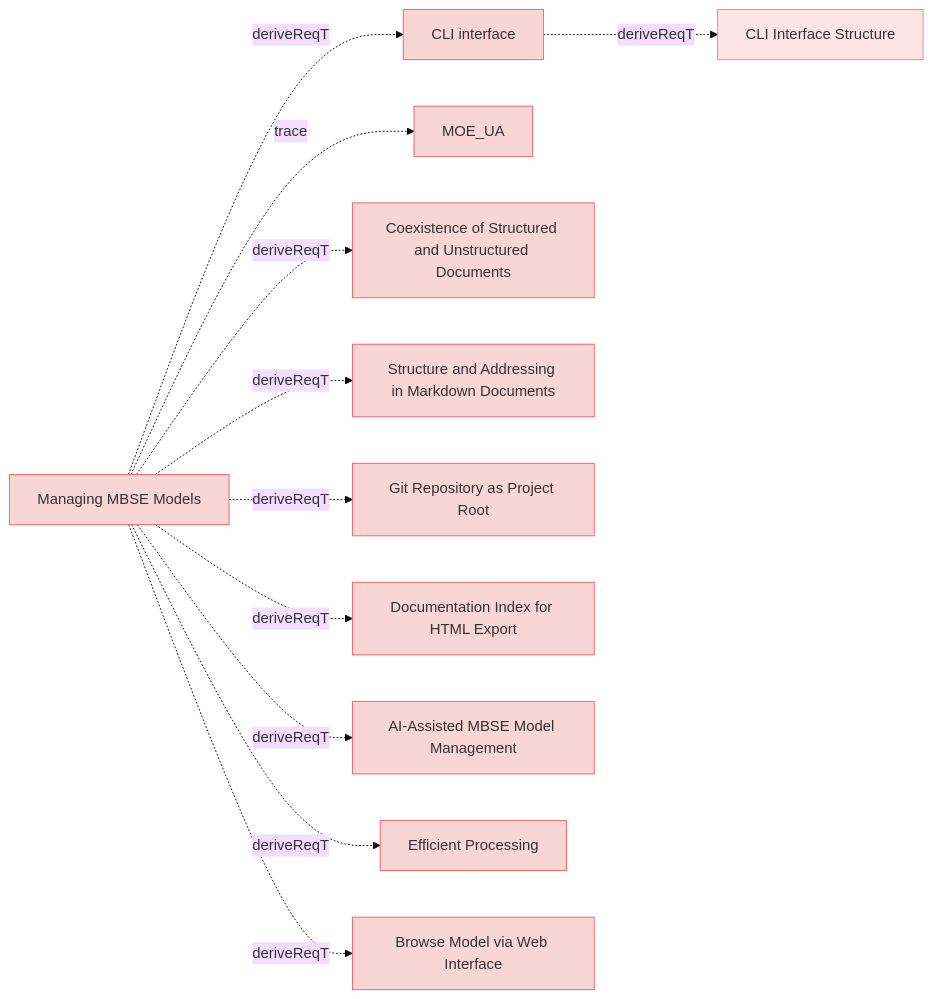
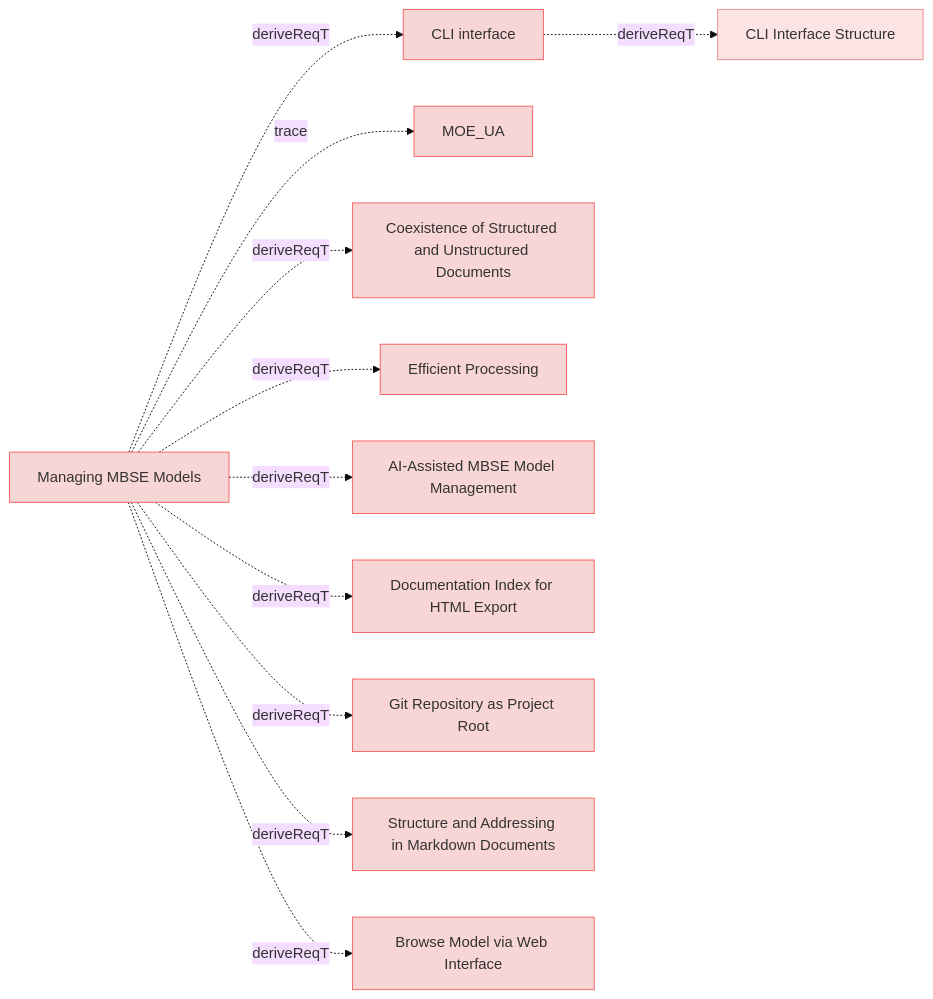
One commit to reqvire-org/reqvire changed the ninth of 9 diagrams in specifications/UserRequirements.md. Above: the diagram before and after it, drawn with Mermaid (base theme). The commit also changed other lines of this file and 26 other files, not shown here.

````diff
--- a/specifications/UserRequirements.md
+++ b/specifications/UserRequirements.md
@@ -1115,53 +1115,53 @@
 ```mermaid
 graph LR;
   %% REQVIRE-AUTOGENERATED-DIAGRAM
   %% Graph styling
   classDef userRequirement fill:#f9d6d6,stroke:#f55f5f,stroke-width:1px;
   classDef systemRequirement fill:#fce4e4,stroke:#e68a8a,stroke-width:1px;
   classDef verification fill:#d6f9d6,stroke:#5fd75f,stroke-width:1px;
   classDef default fill:#f5f5f5,stroke:#333333,stroke-width:1px;
 
   f28849d46c19af44["CLI interface"];
   class f28849d46c19af44 userRequirement;
   click f28849d46c19af44 "UserRequirements.md#cli-interface";
   8f22faacdb454b23["CLI Interface Structure"];
   class 8f22faacdb454b23 systemRequirement;
   click 8f22faacdb454b23 "SystemRequirements/Requirements.md#cli-interface-structure";
   f28849d46c19af44 -.->|deriveReqT| 8f22faacdb454b23;
   e61b7c1baa89bfc6["Managing MBSE Models"];
   class e61b7c1baa89bfc6 userRequirement;
   click e61b7c1baa89bfc6 "UserStories.md#managing-mbse-models";
   2c5f30f14e792200["MOE_UA"];
   class 2c5f30f14e792200 userRequirement;
   click 2c5f30f14e792200 "MOEs.md#moe_ua";
   e61b7c1baa89bfc6 -.->|trace| 2c5f30f14e792200;
-  e61b7c1baa89bfc6 -.->|deriveReqT| f28849d46c19af44;
   f0d721424636370e["Coexistence of Structured and Unstructured Documents"];
   class f0d721424636370e userRequirement;
   click f0d721424636370e "ManagingMbseModelsRequirements.md#coexistence-of-structured-and-unstructured-documents";
   e61b7c1baa89bfc6 -.->|deriveReqT| f0d721424636370e;
+  d193d11c43776bec["Efficient Processing"];
+  class d193d11c43776bec userRequirement;
+  click d193d11c43776bec "ManagingMbseModelsRequirements.md#efficient-processing";
+  e61b7c1baa89bfc6 -.->|deriveReqT| d193d11c43776bec;
+  cd2d5dab49985ca2["AI-Assisted MBSE Model Management"];
+  class cd2d5dab49985ca2 userRequirement;
+  click cd2d5dab49985ca2 "UserStories.md#ai-assisted-mbse-model-management";
+  e61b7c1baa89bfc6 -.->|deriveReqT| cd2d5dab49985ca2;
+  2f4125edaacb1231["Documentation Index for HTML Export"];
+  class 2f4125edaacb1231 userRequirement;
+  click 2f4125edaacb1231 "UserRequirements.md#documentation-index-for-html-export";
+  e61b7c1baa89bfc6 -.->|deriveReqT| 2f4125edaacb1231;
+  649d72765b13e14f["Git Repository as Project Root"];
+  class 649d72765b13e14f userRequirement;
+  click 649d72765b13e14f "ManagingMbseModelsRequirements.md#git-repository-as-project-root";
+  e61b7c1baa89bfc6 -.->|deriveReqT| 649d72765b13e14f;
   ade67c27bc5d3bbd["Structure and Addressing in Markdown Documents"];
   class ade67c27bc5d3bbd userRequirement;
   click ade67c27bc5d3bbd "SpecificationsRequirements.md#structure-and-addressing-in-markdown-documents";
   e61b7c1baa89bfc6 -.->|deriveReqT| ade67c27bc5d3bbd;
-  649d72765b13e14f["Git Repository as Project Root"];
-  class 649d72765b13e14f userRequirement;
-  click 649d72765b13e14f "ManagingMbseModelsRequirements.md#git-repository-as-project-root";
-  e61b7c1baa89bfc6 -.->|deriveReqT| 649d72765b13e14f;
-  2f4125edaacb1231["Documentation Index for HTML Export"];
-  class 2f4125edaacb1231 userRequirement;
-  click 2f4125edaacb1231 "UserRequirements.md#documentation-index-for-html-export";
-  e61b7c1baa89bfc6 -.->|deriveReqT| 2f4125edaacb1231;
-  cd2d5dab49985ca2["AI-Assisted MBSE Model Management"];
-  class cd2d5dab49985ca2 userRequirement;
-  click cd2d5dab49985ca2 "UserStories.md#ai-assisted-mbse-model-management";
-  e61b7c1baa89bfc6 -.->|deriveReqT| cd2d5dab49985ca2;
-  d193d11c43776bec["Efficient Processing"];
-  class d193d11c43776bec userRequirement;
-  click d193d11c43776bec "ManagingMbseModelsRequirements.md#efficient-processing";
-  e61b7c1baa89bfc6 -.->|deriveReqT| d193d11c43776bec;
   a44b59684c593d1e["Browse Model via Web Interface"];
   class a44b59684c593d1e userRequirement;
   click a44b59684c593d1e "UserRequirements.md#browse-model-via-web-interface";
   e61b7c1baa89bfc6 -.->|deriveReqT| a44b59684c593d1e;
+  e61b7c1baa89bfc6 -.->|deriveReqT| f28849d46c19af44;
 ```
````
